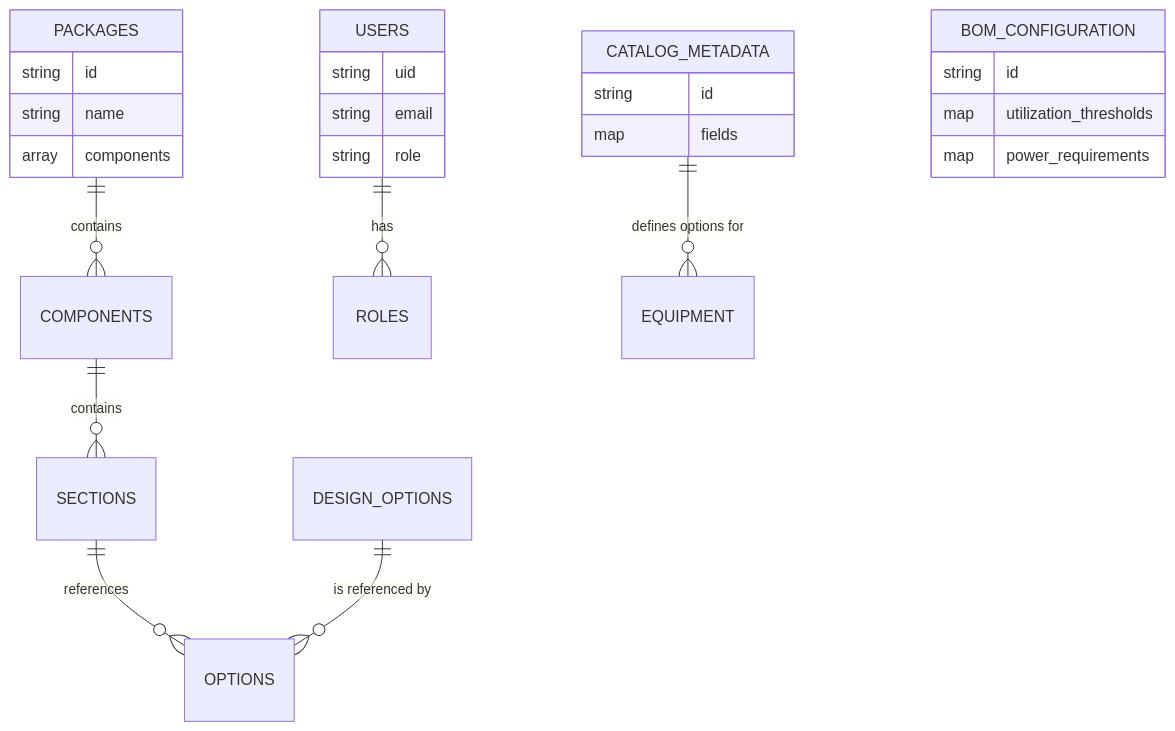
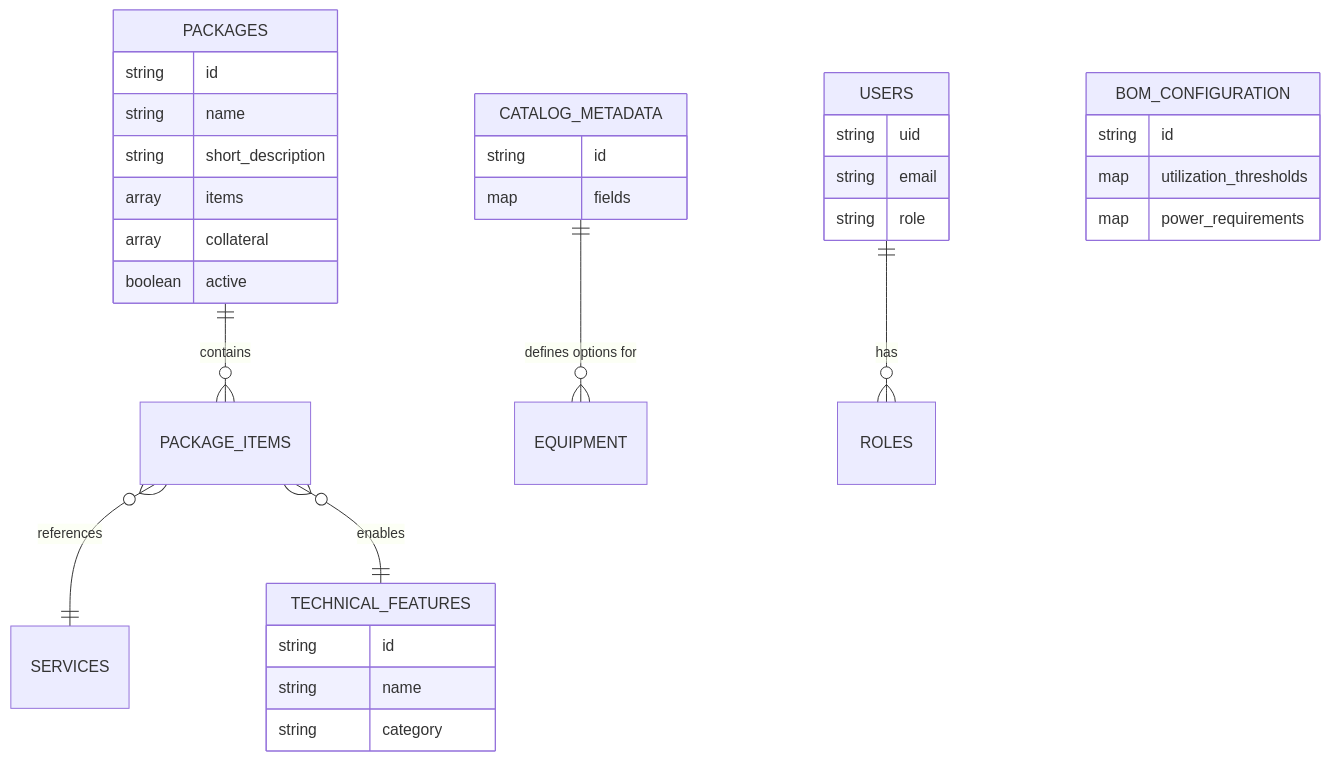
Before and after one commit to wslugger/zippy-builder-v2: the second of 4 diagrams in ARCHITECTURE.md, drawn with Mermaid. The commit also changed other lines of this file and 1 other file, not shown here.

Commit message:
feat: add feature selection UI to Package Editor and update architecture docs

````diff
--- a/ARCHITECTURE.md
+++ b/ARCHITECTURE.md
@@ -45,29 +45,36 @@
 ```mermaid
 erDiagram
-    PACKAGES ||--o{ COMPONENTS : contains
-    COMPONENTS ||--o{ SECTIONS : contains
-    SECTIONS ||--o{ OPTIONS : references
-    DESIGN_OPTIONS ||--o{ OPTIONS : "is referenced by"
+    PACKAGES ||--o{ PACKAGE_ITEMS : contains
+    PACKAGE_ITEMS }o--|| SERVICES : references
+    PACKAGE_ITEMS }o--|| TECHNICAL_FEATURES : enables
+    CATALOG_METADATA ||--o{ EQUIPMENT : "defines options for"
     USERS ||--o{ ROLES : has
-    CATALOG_METADATA ||--o{ EQUIPMENT : "defines options for"
 
     PACKAGES {
         string id
         string name
-        array components
+        string short_description
+        array items
+        array collateral
+        boolean active
+    }
+    TECHNICAL_FEATURES {
+        string id
+        string name
+        string category
     }
     USERS {
         string uid
         string email
         string role
     }
     BOM_CONFIGURATION {
         string id
         map utilization_thresholds
         map power_requirements
     }
     CATALOG_METADATA {
         string id
         map fields
     }
 ```
````
